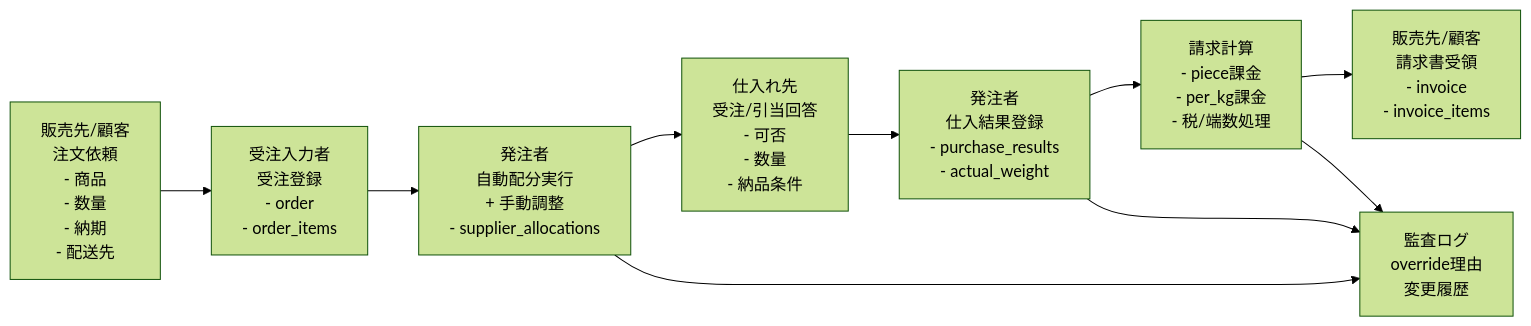
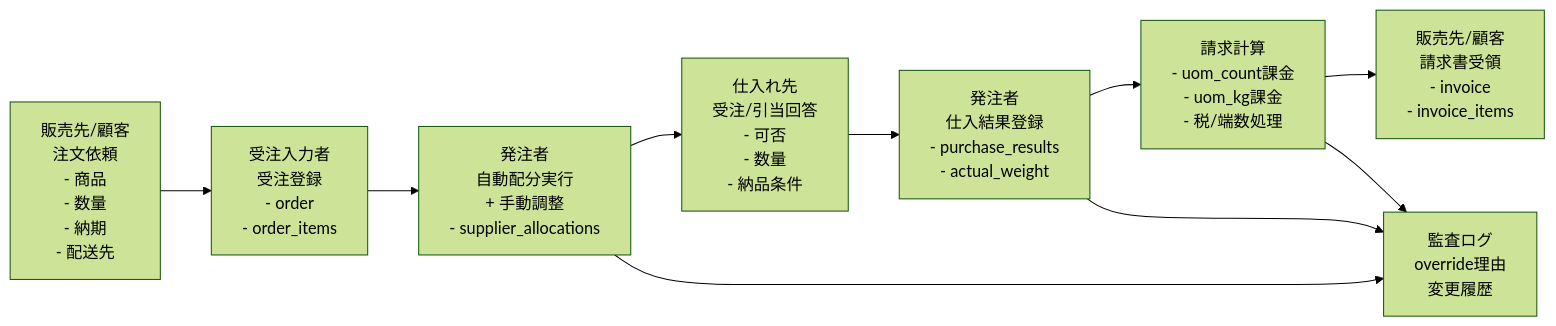
One commit to force-walker/order_system changed the diagram in docs/flowchart-stakeholders.md. Above: the diagram before and after it, drawn with Mermaid (forest theme). The commit also changed other lines of this file and 8 other files, not shown here.

````diff
--- a/docs/flowchart-stakeholders.md
+++ b/docs/flowchart-stakeholders.md
@@ -7,18 +7,18 @@
 ```mermaid
 flowchart LR
     A[販売先/顧客\n注文依頼\n- 商品\n- 数量\n- 納期\n- 配送先] --> B[受注入力者\n受注登録\n- order\n- order_items]
 
     B --> C[発注者\n自動配分実行\n+ 手動調整\n- supplier_allocations]
 
     C --> D[仕入れ先\n受注/引当回答\n- 可否\n- 数量\n- 納品条件]
 
     D --> E[発注者\n仕入結果登録\n- purchase_results\n- actual_weight]
 
-    E --> F[請求計算\n- piece課金\n- per_kg課金\n- 税/端数処理]
+    E --> F[請求計算\n- uom_count課金\n- uom_kg課金\n- 税/端数処理]
 
     F --> G[販売先/顧客\n請求書受領\n- invoice\n- invoice_items]
 
     C --> H[監査ログ\noverride理由\n変更履歴]
     E --> H
     F --> H
 ```
````
